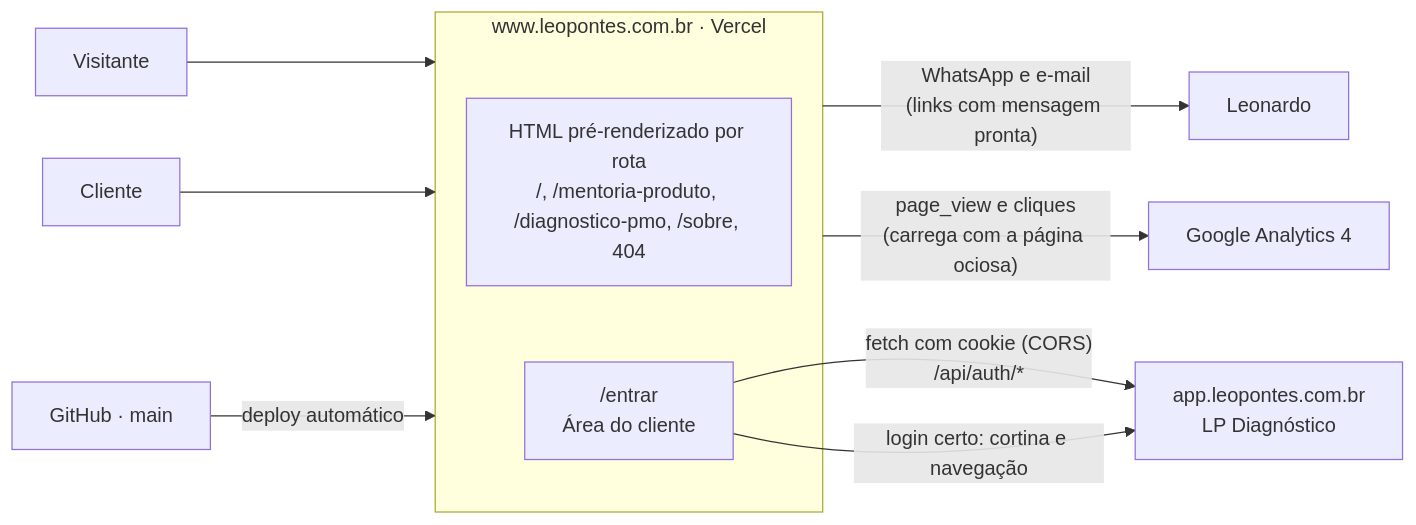
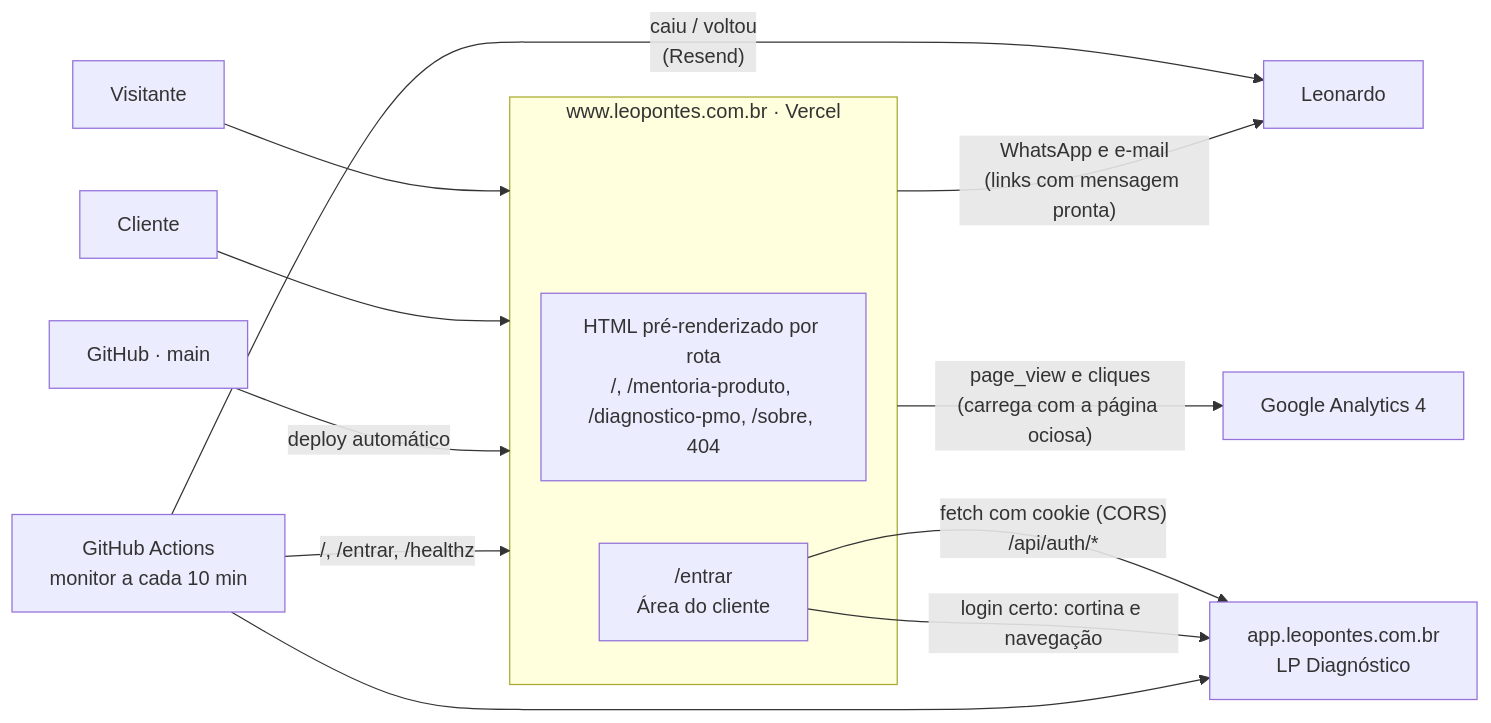
Before and after one commit to leonfpontes/perfil_portfolio: the diagram in README.md, drawn with Mermaid. The commit also changed other lines of this file and 11 other files, not shown here.

````diff
--- a/README.md
+++ b/README.md
@@ -88,16 +94,19 @@
 ```mermaid
 flowchart LR
   V[Visitante] --> W
   C[Cliente] --> W
 
   subgraph W["www.leopontes.com.br · Vercel"]
     H["HTML pré-renderizado por rota<br/>/, /mentoria-produto, /diagnostico-pmo, /sobre, 404"]
     E["/entrar<br/>Área do cliente"]
   end
 
   W -- "WhatsApp e e-mail<br/>(links com mensagem pronta)" --> L[Leonardo]
   W -- "page_view e cliques<br/>(carrega com a página ociosa)" --> GA[Google Analytics 4]
   E -- "fetch com cookie (CORS)<br/>/api/auth/*" --> APP["app.leopontes.com.br<br/>LP Diagnóstico"]
   E -- "login certo: cortina e navegação" --> APP
   GH["GitHub · main"] -- "deploy automático" --> W
+  MON["GitHub Actions<br/>monitor a cada 10 min"] -- "/, /entrar, /healthz" --> W
+  MON --> APP
+  MON -- "caiu / voltou<br/>(Resend)" --> L
 ```
````
